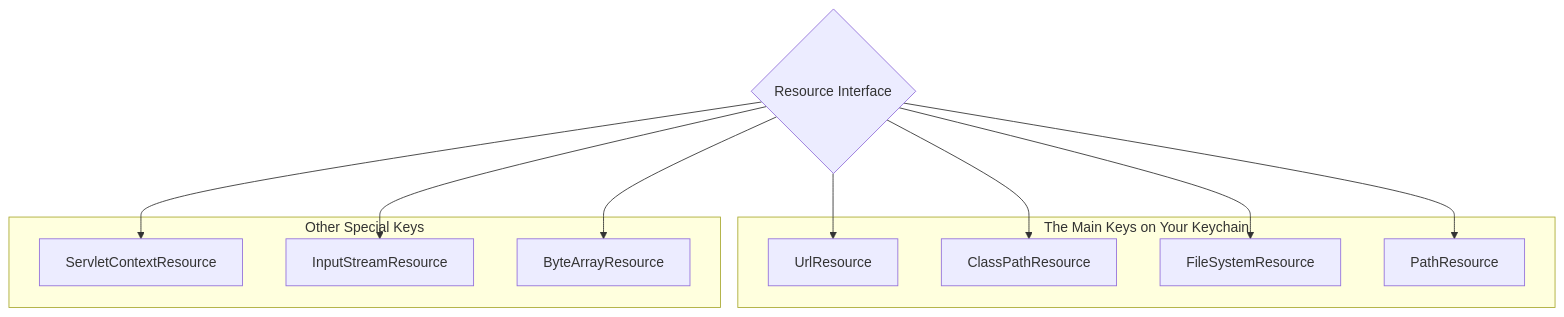
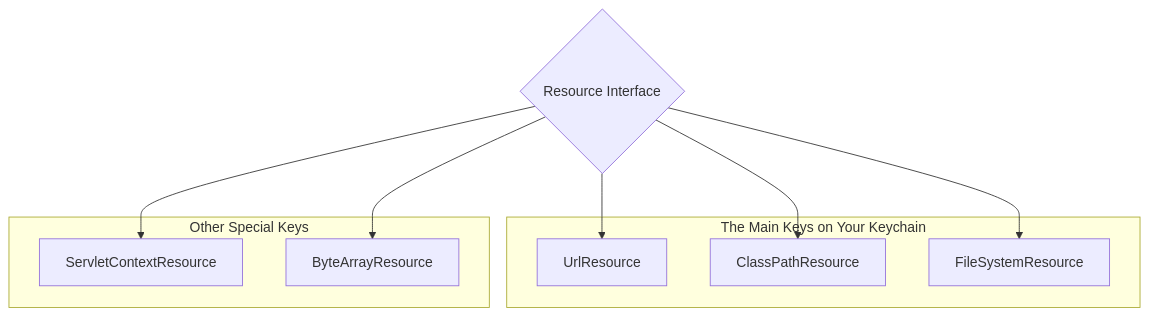
Before and after one commit to pdheeraj99/Spring-Guide: the diagram in Spring-Concepts/02-Core-Technologies/02-Resources/02-Built-in-Resource-Implementations.md, drawn with Mermaid. The commit also changed other lines of this file and 26 other files, not shown here.

````diff
--- a/Spring-Concepts/02-Core-Technologies/02-Resources/02-Built-in-Resource-Implementations.md
+++ b/Spring-Concepts/02-Core-Technologies/02-Resources/02-Built-in-Resource-Implementations.md
@@ -29,22 +27,18 @@
 ```mermaid
 graph TD
     A{Resource Interface};
     subgraph "The Main Keys on Your Keychain"
         B[UrlResource];
         C[ClassPathResource];
         D[FileSystemResource];
-        G[PathResource];
     end
     subgraph "Other Special Keys"
         E[ServletContextResource];
-        H[InputStreamResource];
         F[ByteArrayResource];
     end
     A --> B;
     A --> C;
     A --> D;
     A --> E;
     A --> F;
-    A --> G;
-    A --> H;
 ```
````
